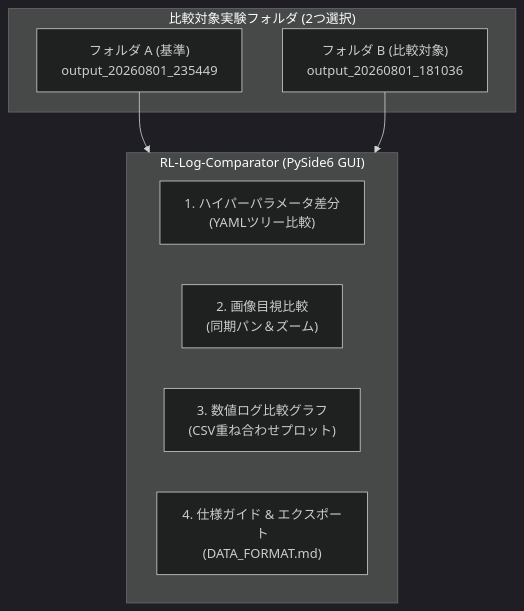
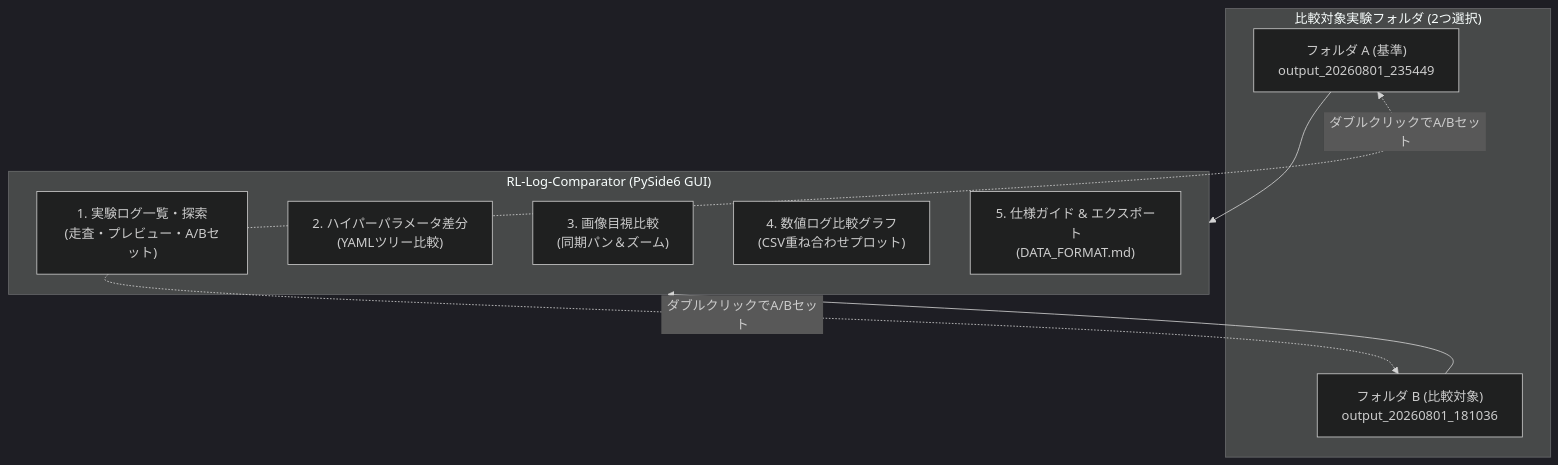
One commit to IISL-Mitsuie/RL-Log-Comparator changed the diagram in README.md. Above: the diagram before and after it, drawn with Mermaid (dark theme). The commit also changed other lines of this file and 21 other files, not shown here.

````diff
--- a/README.md
+++ b/README.md
@@ -27,17 +33,20 @@
 ```mermaid
 flowchart TD
     subgraph Experiments ["比較対象実験フォルダ (2つ選択)"]
         ExpA["フォルダ A (基準)<br>output_20260801_235449"]
         ExpB["フォルダ B (比較対象)<br>output_20260801_181036"]
     end
 
     subgraph Tool ["RL-Log-Comparator (PySide6 GUI)"]
-        Tab1["1. ハイパーパラメータ差分<br>(YAMLツリー比較)"]
-        Tab2["2. 画像目視比較<br>(同期パン＆ズーム)"]
-        Tab3["3. 数値ログ比較グラフ<br>(CSV重ね合わせプロット)"]
-        Tab4["4. 仕様ガイド & エクスポート<br>(DATA_FORMAT.md)"]
+        Tab1["1. 実験ログ一覧・探索<br>(走査・プレビュー・A/Bセット)"]
+        Tab2["2. ハイパーパラメータ差分<br>(YAMLツリー比較)"]
+        Tab3["3. 画像目視比較<br>(同期パン＆ズーム)"]
+        Tab4["4. 数値ログ比較グラフ<br>(CSV重ね合わせプロット)"]
+        Tab5["5. 仕様ガイド & エクスポート<br>(DATA_FORMAT.md)"]
     end
 
+    Tab1 -.->|ダブルクリックでA/Bセット| ExpA
+    Tab1 -.->|ダブルクリックでA/Bセット| ExpB
     ExpA --> Tool
     ExpB --> Tool
 ```
````
